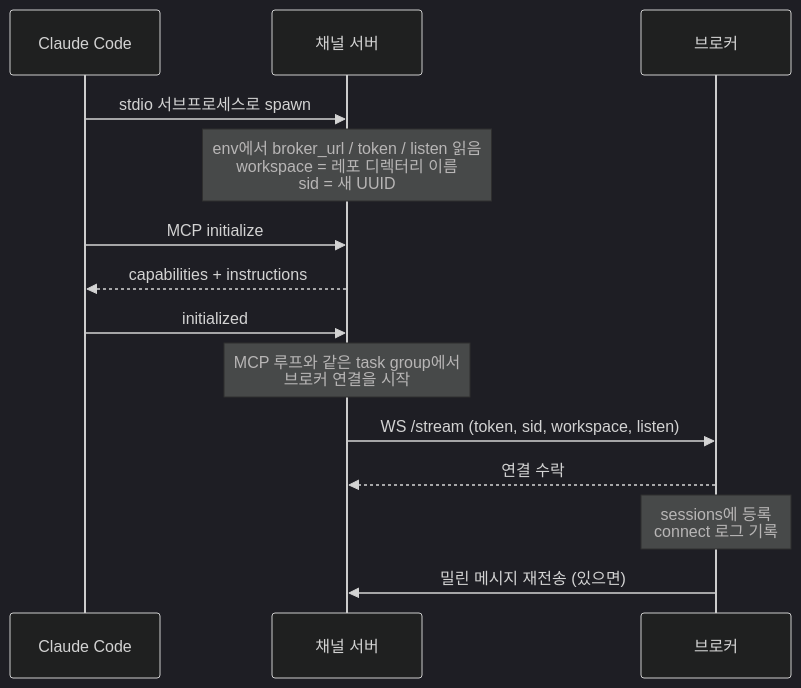
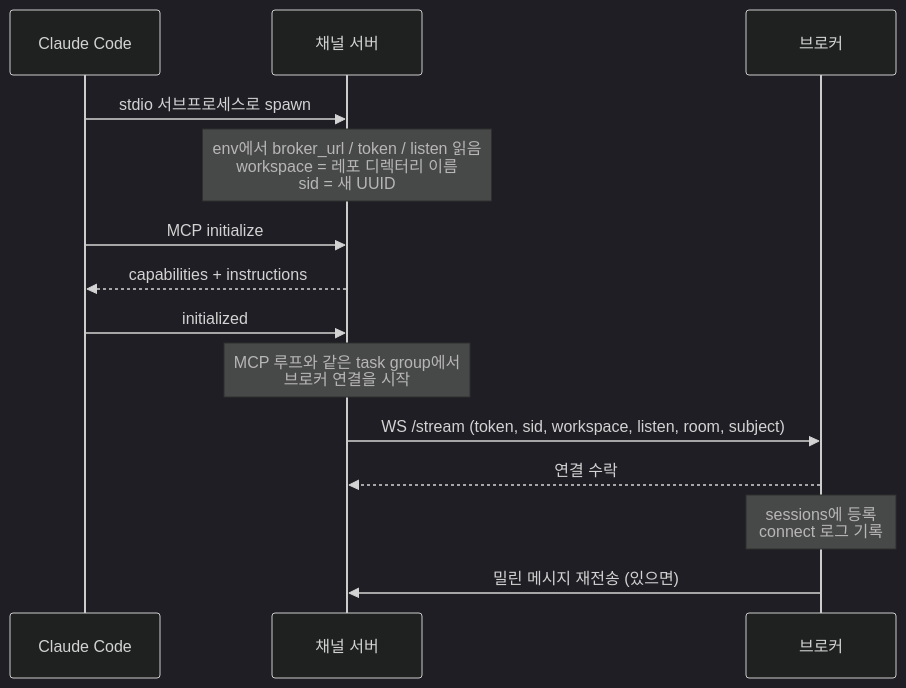
The first of 3 diagrams in INTERNALS.md (nugulhie/claude-chat-session), drawn with Mermaid (dark theme) before and after one commit. The commit also changed other lines of this file and 4 other files, not shown here.

````diff
--- a/INTERNALS.md
+++ b/INTERNALS.md
@@ -118,17 +118,17 @@
 ```mermaid
 sequenceDiagram
     participant CC as Claude Code
     participant CS as 채널 서버
     participant BK as 브로커
 
     CC->>CS: stdio 서브프로세스로 spawn
     Note over CS: env에서 broker_url / token / listen 읽음<br/>workspace = 레포 디렉터리 이름<br/>sid = 새 UUID
     CC->>CS: MCP initialize
     CS-->>CC: capabilities + instructions
     CC->>CS: initialized
     Note over CS: MCP 루프와 같은 task group에서<br/>브로커 연결을 시작
-    CS->>BK: WS /stream (token, sid, workspace, listen)
+    CS->>BK: WS /stream (token, sid, workspace, listen, room, subject)
     BK-->>CS: 연결 수락
     Note over BK: sessions에 등록<br/>connect 로그 기록
     BK->>CS: 밀린 메시지 재전송 (있으면)
 ```
````
